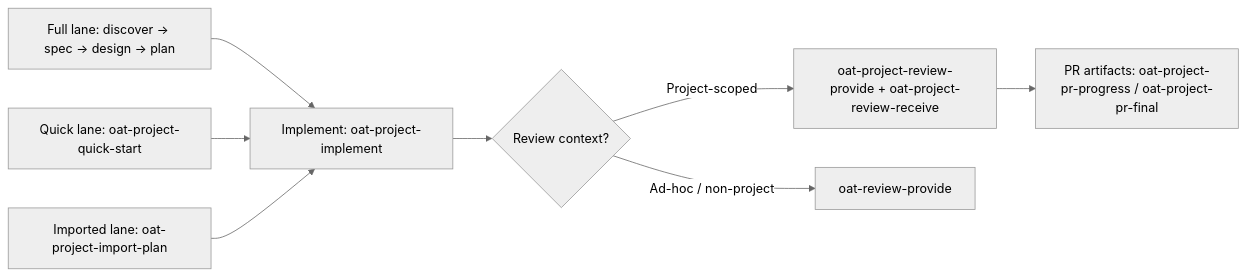
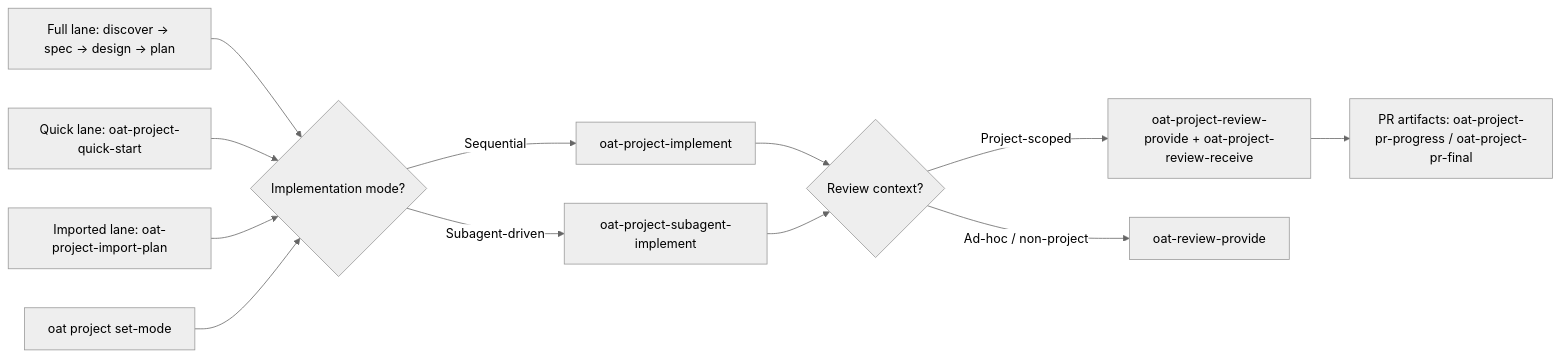
One commit to voxmedia/open-agent-toolkit changed the second of 2 diagrams in README.md. Above: the diagram before and after it, drawn with Mermaid (neutral theme). The commit also changed other lines of this file and 41 other files, not shown here.

Commit message:
feat: refactor subagent implementation flow and review receive UX

````diff
--- a/README.md
+++ b/README.md
@@ -223,10 +223,14 @@
 ```mermaid
 flowchart LR
-  Full["Full lane: discover -> spec -> design -> plan"] --> Implement["Implement: oat-project-implement"]
-  Quick["Quick lane: oat-project-quick-start"] --> Implement
-  Import["Imported lane: oat-project-import-plan"] --> Implement
-  Implement --> Review{"Review context?"}
+  Full["Full lane: discover -> spec -> design -> plan"] --> Mode{"Implementation mode?"}
+  Quick["Quick lane: oat-project-quick-start"] --> Mode
+  Import["Imported lane: oat-project-import-plan"] --> Mode
+  Mode -->|Sequential| ImplementSeq["oat-project-implement"]
+  Mode -->|Subagent-driven| ImplementSub["oat-project-subagent-implement"]
+  SetMode["oat project set-mode <mode>"] --> Mode
+  ImplementSeq --> Review{"Review context?"}
+  ImplementSub --> Review
   Review -->|Project-scoped| ProjectReview["oat-project-review-provide + oat-project-review-receive"]
   Review -->|Ad-hoc / non-project| AdHocReview["oat-review-provide"]
   ProjectReview --> PR["PR artifacts: oat-project-pr-progress / oat-project-pr-final"]
 ```
````
